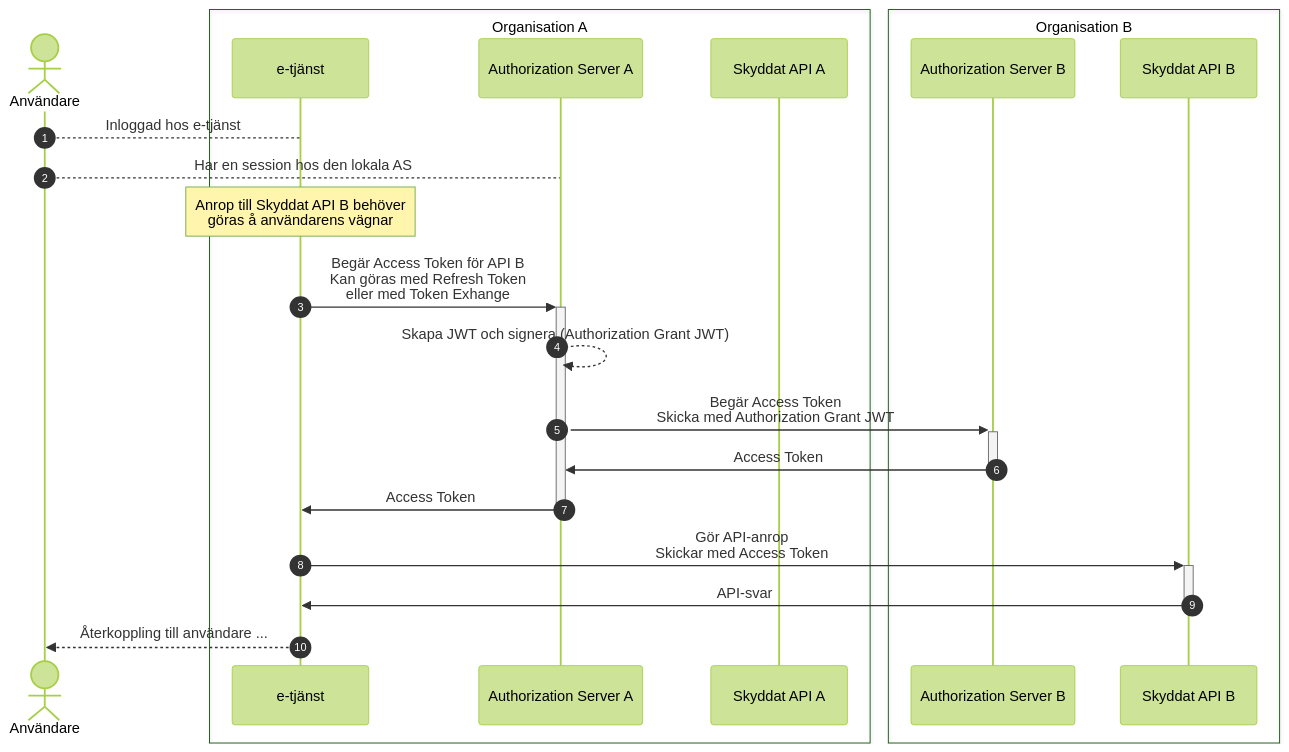
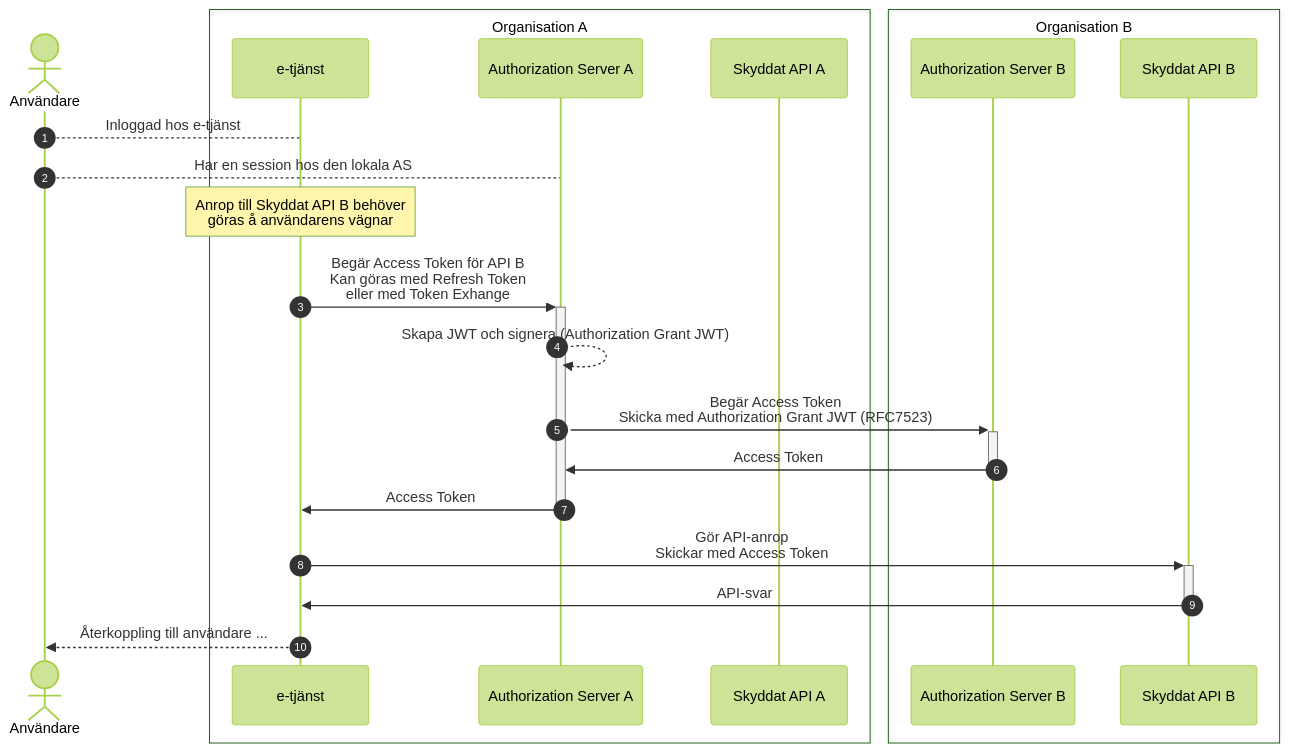
One commit to diggsweden/ena-authorization changed the second of 3 diagrams in architecture/patterns/inter-domain-calls.md. Above: the diagram before and after it, drawn with Mermaid (forest theme). The commit also changed other lines of this file, not shown here.

````diff
--- a/architecture/patterns/inter-domain-calls.md
+++ b/architecture/patterns/inter-domain-calls.md
@@ -131,33 +180,33 @@
 ```mermaid
 sequenceDiagram
 autonumber
     actor User as Användare
 
     box Organisation A
         participant Service as e-tjänst
         participant AsA as Authorization Server A
         participant ApiA as Skyddat API A
     end
 
     box Organisation B
         participant AsB as Authorization Server B
         participant ApiB as Skyddat API B
     end
 
     User-->Service: Inloggad hos e-tjänst
     User-->AsA: Har en session hos den lokala AS
 
     Note over Service: Anrop till Skyddat API B behöver<br />göras å användarens vägnar 
 
     Service->>+AsA: Begär Access Token för API B<br />Kan göras med Refresh Token<br />eller med Token Exhange
     AsA-->>AsA: Skapa JWT och signera (Authorization Grant JWT)
-    AsA->>+AsB: Begär Access Token<br />Skicka med Authorization Grant JWT
+    AsA->>+AsB: Begär Access Token<br />Skicka med Authorization Grant JWT (RFC7523)
     AsB->>-AsA: Access Token
 
     AsA->>-Service: Access Token
 
     Service->>+ApiB: Gör API-anrop<br />Skickar med Access Token
     ApiB->>-Service: API-svar
 
     Service-->>User: Återkoppling till användare ...
 ```
````
